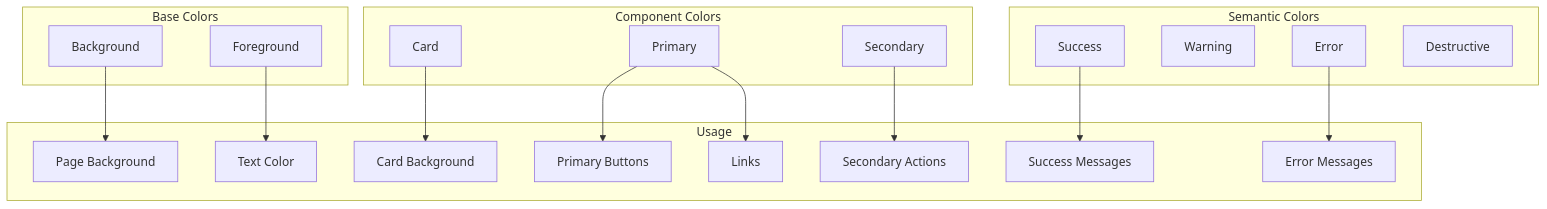
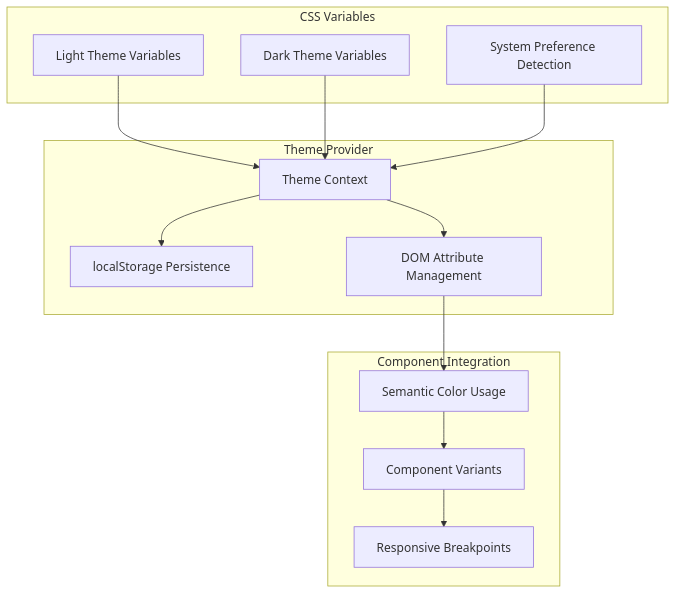
Before and after one commit to surya-madhav/portfolio-blog-2025: the ninth of 12 diagrams in docs/frontend-architecture.md, drawn with Mermaid. The commit also changed other lines of this file and 33 other files, not shown here.

Commit message:
Add utility for base URL retrieval, enhance theme selector type safety, and implement revalidation for header and footer

````diff
--- a/docs/frontend-architecture.md
+++ b/docs/frontend-architecture.md
@@ -274,31 +596,30 @@
 ```mermaid
 graph TD
-    subgraph "Base Colors"
-        Background[Background]
-        Foreground[Foreground]
+    subgraph "CSS Variables"
+        Light[Light Theme Variables]
+        Dark[Dark Theme Variables]
+        System[System Preference Detection]
     end
     
-    subgraph "Component Colors"
-        Card[Card]
-        Primary[Primary]
-        Secondary[Secondary]
+    subgraph "Theme Provider"
+        Context[Theme Context]
+        Storage[localStorage Persistence]
+        DOM[DOM Attribute Management]
     end
     
-    subgraph "Semantic Colors"
-        Success[Success]
-        Warning[Warning]
-        Error[Error]
-        Destructive[Destructive]
+    subgraph "Component Integration"
+        Semantic[Semantic Color Usage]
+        Variants[Component Variants]
+        Responsive[Responsive Breakpoints]
     end
     
-    subgraph "Usage"
-        Background --> PageBg[Page Background]
-        Foreground --> TextColor[Text Color]
-        Card --> CardBg[Card Background]
-        Primary --> Buttons[Primary Buttons]
-        Primary --> Links[Links]
-        Secondary --> SecButtons[Secondary Actions]
-        Success --> SuccessMsg[Success Messages]
-        Error --> ErrorMsg[Error Messages]
-    end
+    Light --> Context
+    Dark --> Context
+    System --> Context
+    Context --> Storage
+    Context --> DOM
+    
+    DOM --> Semantic
+    Semantic --> Variants
+    Variants --> Responsive
 ```
````
